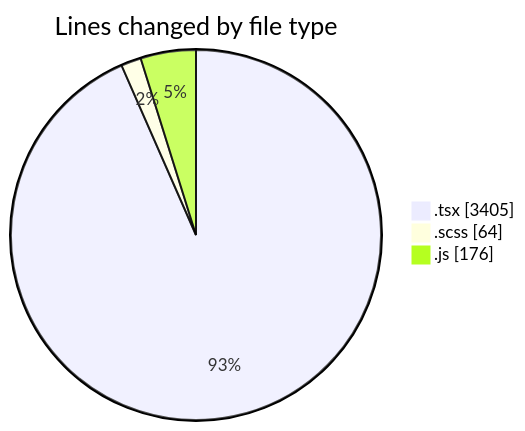
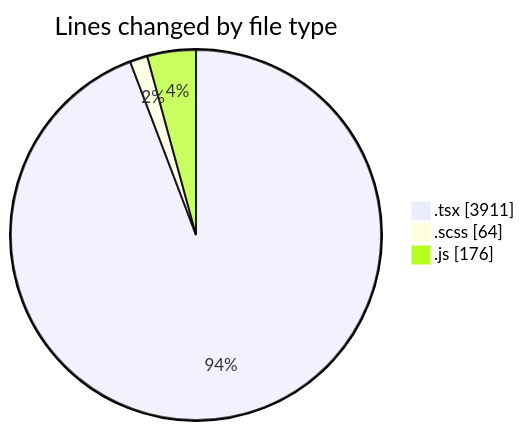
The first of 2 diagrams in 2025-06-16/cda/README.md (momahboobian/code-tracking), drawn with Mermaid before and after one commit. The commit also changed other lines of this file and 1 other file, not shown here.

````diff
--- a/2025-06-16/cda/README.md
+++ b/2025-06-16/cda/README.md
@@ -35,7 +35,7 @@
 ```mermaid
 pie showData
 title Lines changed by file type
-".tsx" : 3405
+".tsx" : 3911
 ".scss" : 64
 ".js" : 176
 ```
````
